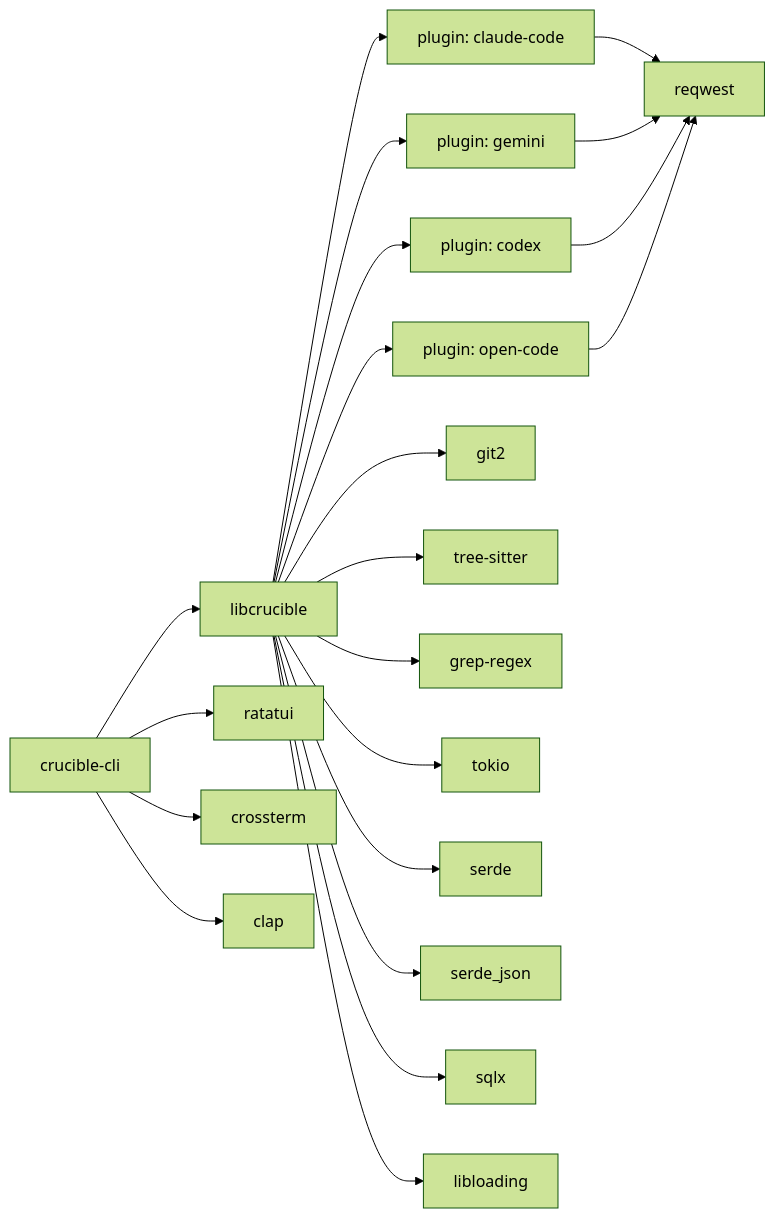
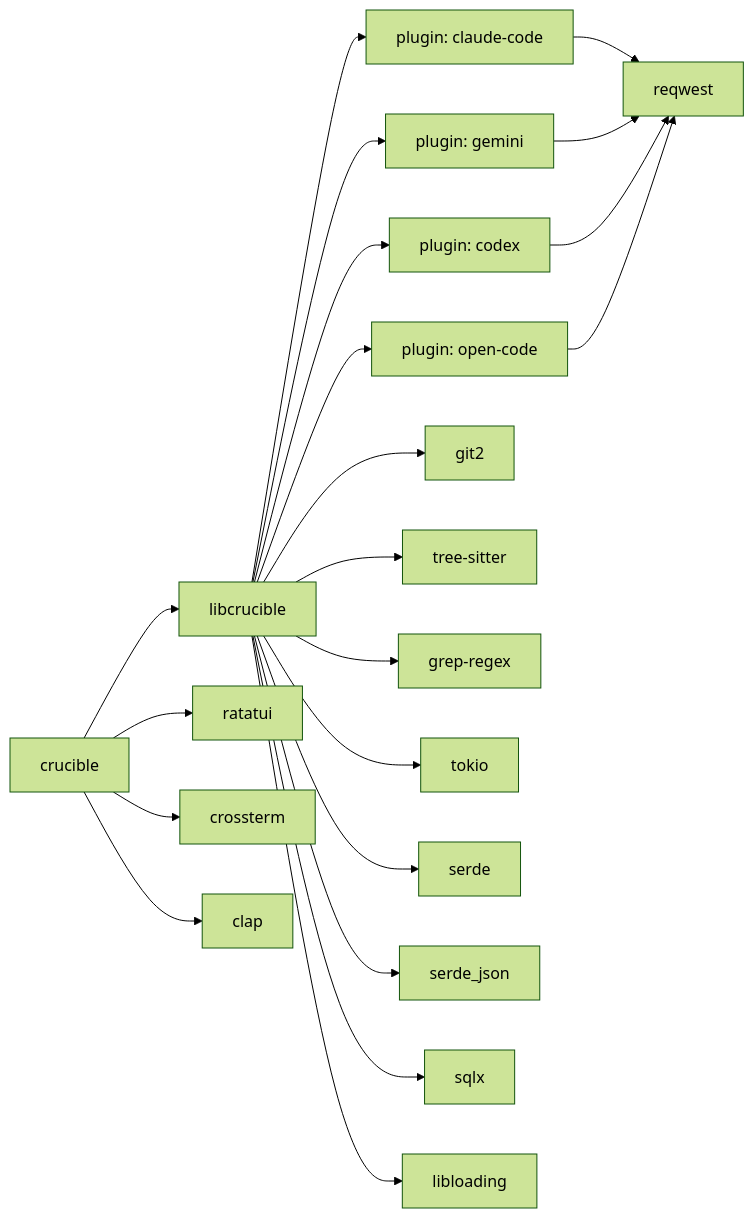
One commit to jonochang/crucible changed the sixth of 6 diagrams in docs/specs/design.md. Above: the diagram before and after it, drawn with Mermaid (forest theme). The commit also changed other lines of this file and 9 other files, not shown here.

````diff
--- a/docs/specs/design.md
+++ b/docs/specs/design.md
@@ -921,26 +921,26 @@
 ```mermaid
 graph LR
-    CLI[crucible-cli] --> LIB[libcrucible]
+    CLI[crucible] --> LIB[libcrucible]
     LIB --> P1[plugin: claude-code]
     LIB --> P2[plugin: gemini]
     LIB --> P3[plugin: codex]
     LIB --> P4[plugin: open-code]
 
     LIB --> git2
     LIB --> tree-sitter
     LIB --> grep-regex
     LIB --> tokio
     LIB --> serde
     LIB --> serde_json
     LIB --> sqlx
     LIB --> libloading
 
     CLI --> ratatui
     CLI --> crossterm
     CLI --> clap
 
     P1 --> reqwest
     P2 --> reqwest
     P3 --> reqwest
     P4 --> reqwest
 ```
````
